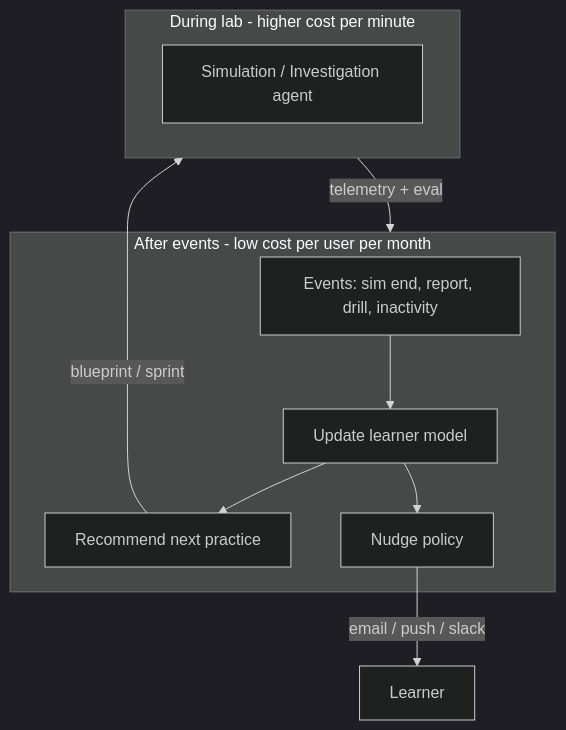
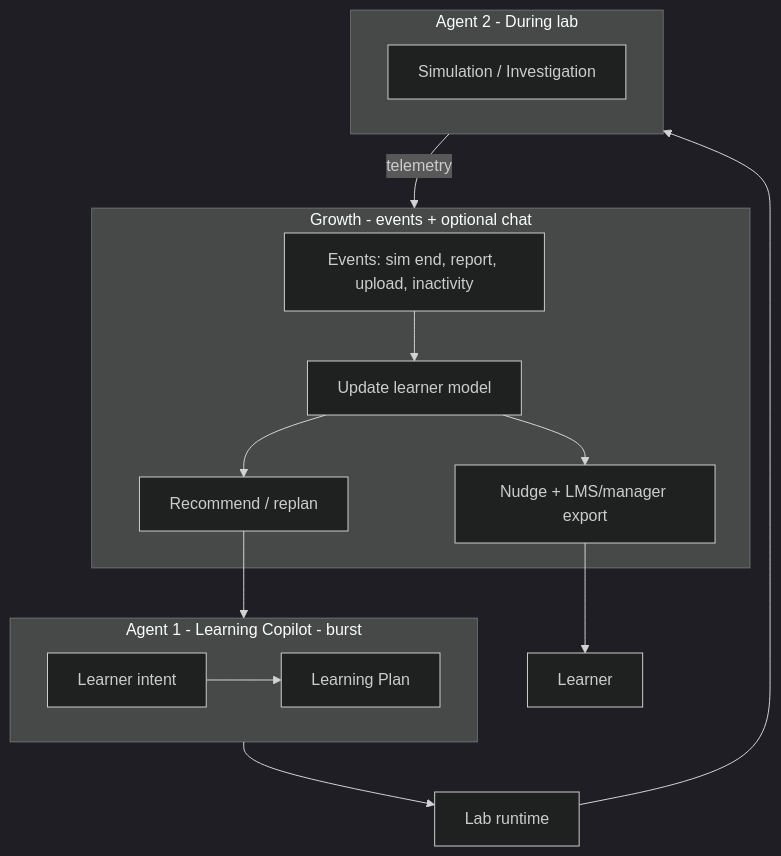
Before and after one commit to iVectorFlux/sprint: the third of 5 diagrams in futureplan.md, drawn with Mermaid (dark theme). The commit also changed other lines of this file and 20 other files, not shown here.

First line of the commit message:
feat: dashboard Learning Composer and sprint-focused cleanup

````diff
--- a/futureplan.md
+++ b/futureplan.md
@@ -267,17 +458,23 @@
 ```mermaid
 flowchart TB
-  subgraph practice [During lab - higher cost per minute]
-    S[Simulation / Investigation agent]
+  subgraph copilot [Agent 1 - Learning Copilot - burst]
+    I[Learner intent] --> P[Learning Plan]
   end
 
-  subgraph growth [After events - low cost per user per month]
-    E[Events: sim end, report, drill, inactivity]
-    E --> U[Update learner model]
-    U --> R[Recommend next practice]
-    U --> N[Nudge policy]
+  subgraph practice [Agent 2 - During lab]
+    S[Simulation / Investigation]
   end
 
-  practice -->|telemetry + eval| growth
-  R -->|blueprint / sprint| practice
-  N -->|email / push / slack| Learner[Learner]
+  subgraph growth [Growth - events + optional chat]
+    E[Events: sim end, report, upload, inactivity]
+    E --> U[Update learner model]
+    U --> R[Recommend / replan]
+    U --> N[Nudge + LMS/manager export]
+  end
+
+  copilot --> L[Lab runtime]
+  L --> practice
+  practice -->|telemetry| growth
+  R --> copilot
+  N --> Learner[Learner]
 ```
````
